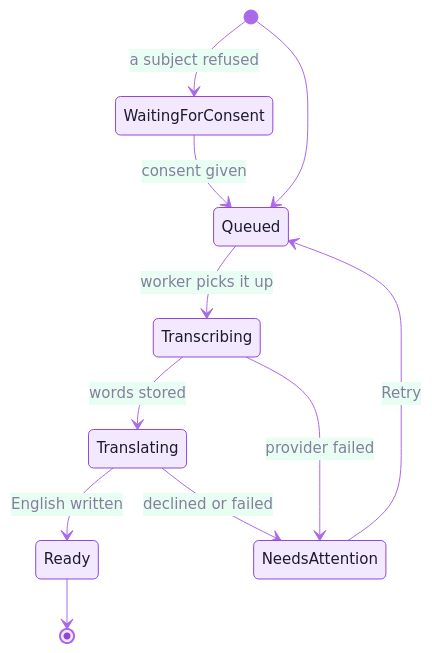
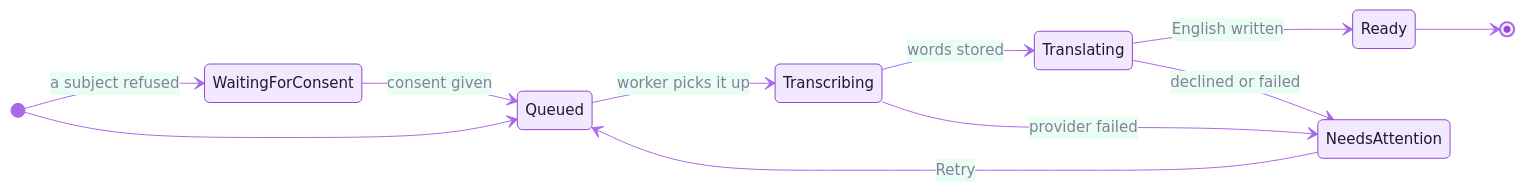
Before and after one commit to cxacraftecosystem-ui/documentation-portal: the third of 5 diagrams in README.md, drawn with Mermaid. The commit also changed other lines of this file and 6 other files, not shown here.

Commit message:
README showcase: shorter pipeline and review copy so nothing is clipped, the transcript states read left to right, and the release flow reads top down

````diff
--- a/README.md
+++ b/README.md
@@ -150,14 +150,15 @@
 ```mermaid
 %%{init: {"theme":"base","themeVariables":{"fontFamily":"Inter, ui-sans-serif, system-ui, -apple-system, Segoe UI, Roboto, Helvetica, Arial, sans-serif","fontSize":"15px","primaryColor":"#F2E9FE","primaryTextColor":"#1E1B2E","primaryBorderColor":"#9148D2","lineColor":"#AA69E9","textColor":"#857F9E","transitionColor":"#AA69E9","transitionLabelColor":"#857F9E","stateLabelColor":"#1E1B2E","stateBkg":"#F2E9FE","compositeBackground":"#F9F5FF","compositeTitleBackground":"#F2E9FE"}}}%%
 stateDiagram-v2
+  direction LR
   [*] --> WaitingForConsent: a subject refused
   [*] --> Queued
   WaitingForConsent --> Queued: consent given
   Queued --> Transcribing: worker picks it up
   Transcribing --> Translating: words stored
   Translating --> Ready: English written
   Transcribing --> NeedsAttention: provider failed
   Translating --> NeedsAttention: declined or failed
   NeedsAttention --> Queued: Retry
   Ready --> [*]
 ```
````
